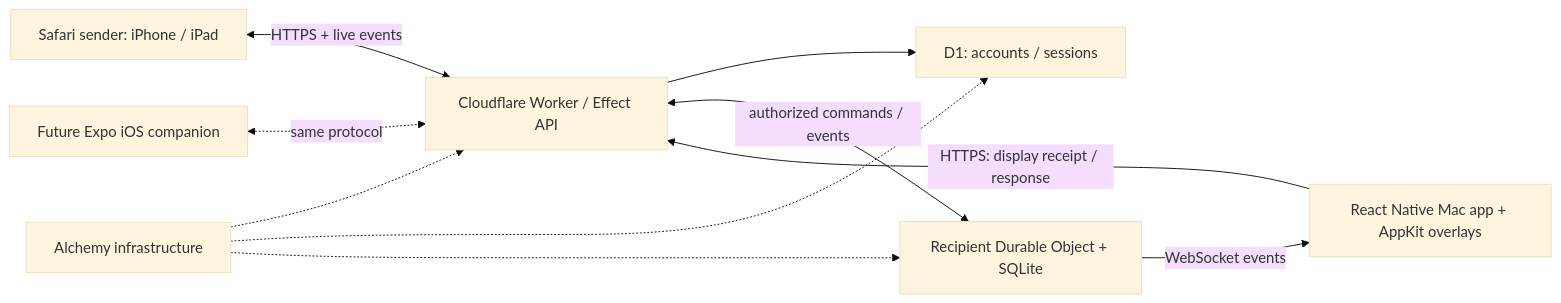
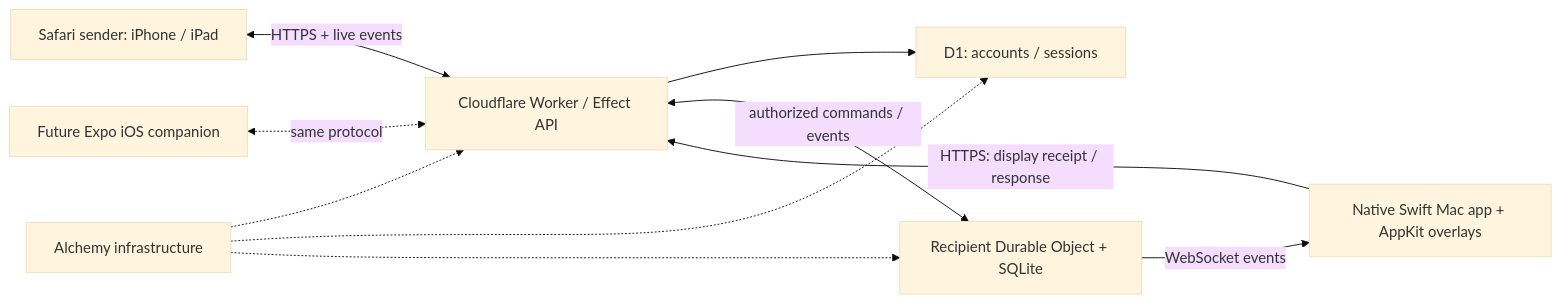
One commit to jakebodea/shouldertap changed the diagram in docs/architecture.md. Above: the diagram before and after it, drawn with Mermaid (base theme). The commit also changed other lines of this file and 70 other files, not shown here.

First line of the commit message:
Rewrite the Mac app natively in Swift

````diff
--- a/docs/architecture.md
+++ b/docs/architecture.md
@@ -34,12 +34,12 @@
 ```mermaid
 flowchart LR
     Safari["Safari sender: iPhone / iPad"] <-->|"HTTPS + live events"| API["Cloudflare Worker / Effect API"]
     Mobile["Future Expo iOS companion"] <-.->|"same protocol"| API
     API --> Accounts["D1: accounts / sessions"]
     API <-->|"authorized commands / events"| Inbox["Recipient Durable Object + SQLite"]
-    Inbox -->|"WebSocket events"| Mac["React Native Mac app + AppKit overlays"]
+    Inbox -->|"WebSocket events"| Mac["Native Swift Mac app + AppKit overlays"]
     Mac -->|"HTTPS: display receipt / response"| API
     Alchemy["Alchemy infrastructure"] -.-> API
     Alchemy -.-> Accounts
     Alchemy -.-> Inbox
 ```
````
